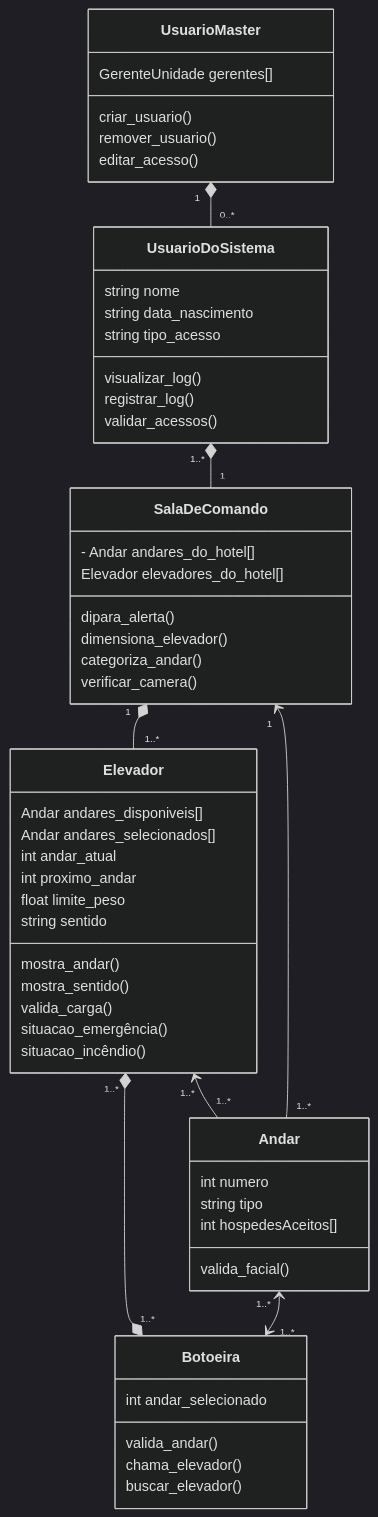
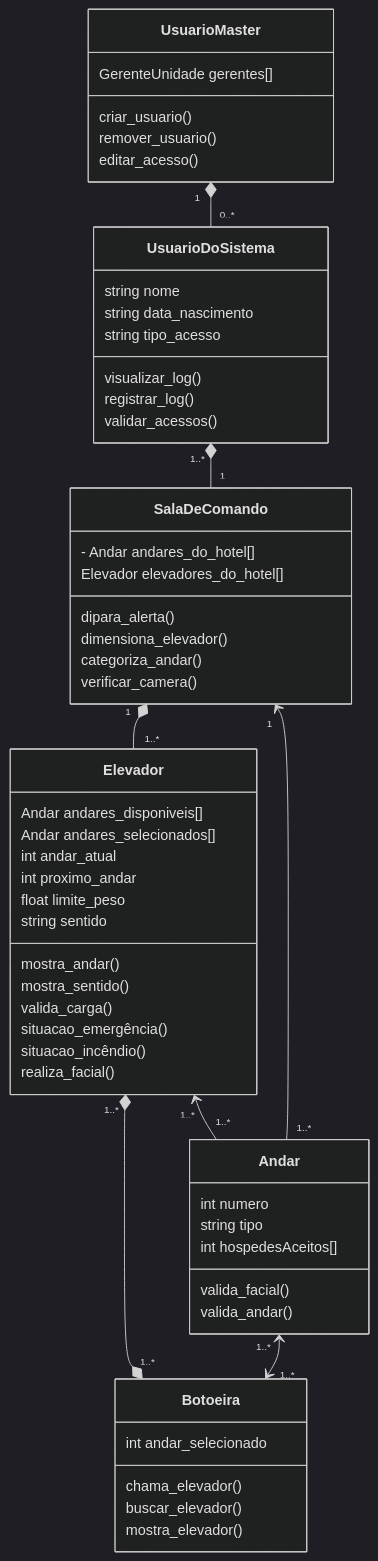
Before and after one commit to HenriqueFinatti/Modelagem_De_Software_Projeto_2: the diagram in Diagramas/Classes/classes.md, drawn with Mermaid (dark theme). The commit also changed 8 other files, not shown here.

Commit message:
Diagramas de sequencias

````diff
--- a/Diagramas/Classes/classes.md
+++ b/Diagramas/Classes/classes.md
@@ -1,64 +1,66 @@
 ```mermaid
 classDiagram
 
 class Elevador{
     Andar andares_disponiveis[]
     Andar andares_selecionados[]
     int andar_atual
     int proximo_andar
     float limite_peso
     string sentido
     mostra_andar()
     mostra_sentido()  
     valida_carga() 
     situacao_emergência()
     situacao_incêndio()   
+    realiza_facial()
 }
 
 class Andar{
     int numero
     string tipo
     int hospedesAceitos[]
     valida_facial()
+    valida_andar()
 }
 
 class Botoeira{
     int andar_selecionado
-    valida_andar()
     chama_elevador()
     buscar_elevador()
+    mostra_elevador()
 }
 
 class UsuarioDoSistema{
     string nome
     string data_nascimento
     string tipo_acesso
     visualizar_log()
     registrar_log()
     validar_acessos()
 }
 
 class SalaDeComando{
     - Andar andares_do_hotel[]
     Elevador elevadores_do_hotel[]
     dipara_alerta()
     dimensiona_elevador()
     categoriza_andar()
     verificar_camera()
 }
 
 class UsuarioMaster{
     GerenteUnidade gerentes[]
     criar_usuario()
     remover_usuario()
     editar_acesso()
 }
 
 UsuarioMaster "1" *-- "0..*" UsuarioDoSistema
 UsuarioDoSistema "1..*" *-- "1" SalaDeComando
 SalaDeComando "1" *-- "1..*" Elevador
 SalaDeComando "1" <-- "1..*" Andar
 Elevador "1..*" *--* "1..*" Botoeira
 Andar "1..*" <--> "1..*" Botoeira
 Elevador "1..*" <-- "1..*" Andar
 ```
````
